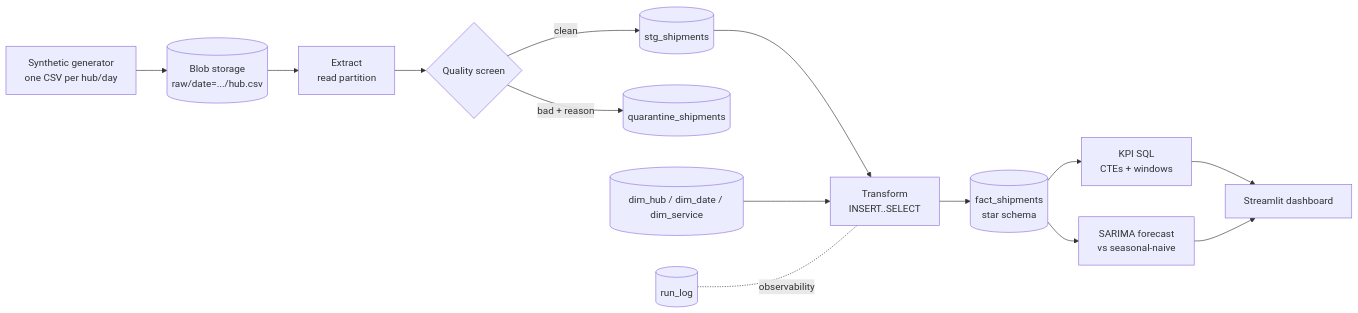
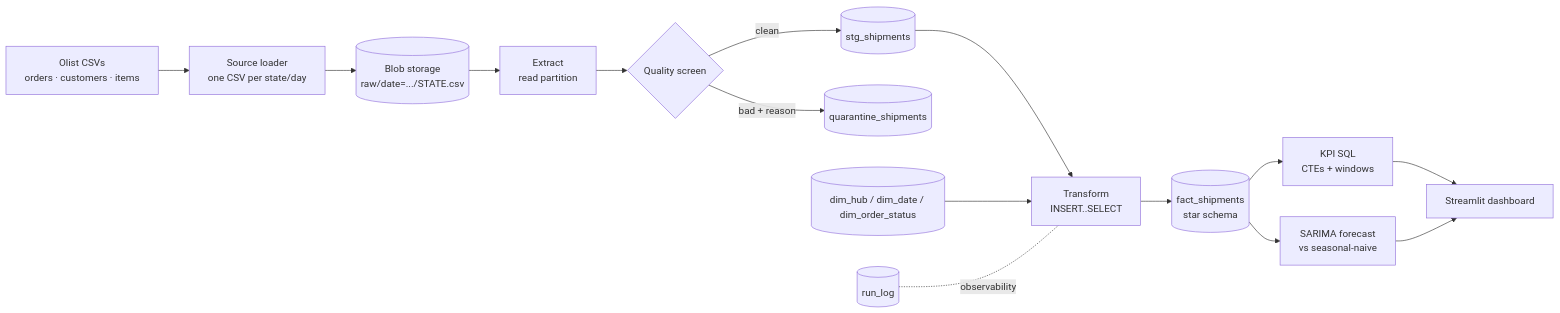
Before and after one commit to immortalxmachine/parcelflow: the diagram in docs/architecture.md, drawn with Mermaid. The commit also changed other lines of this file and 36 other files, not shown here.

Commit message:
Rebuild ELT + SARIMA forecasting on real Olist order data

````diff
--- a/docs/architecture.md
+++ b/docs/architecture.md
@@ -11,16 +15,17 @@
 ```mermaid
 flowchart LR
-    GEN[Synthetic generator<br/>one CSV per hub/day] --> RAW[(Blob storage<br/>raw/date=.../hub.csv)]
+    SRC[Olist CSVs<br/>orders · customers · items] --> EXT0[Source loader<br/>one CSV per state/day]
+    EXT0 --> RAW[(Blob storage<br/>raw/date=.../STATE.csv)]
     RAW --> EXT[Extract<br/>read partition]
     EXT --> DQ{Quality screen}
     DQ -->|clean| STG[(stg_shipments)]
     DQ -->|bad + reason| QUAR[(quarantine_shipments)]
     STG --> TR[Transform<br/>INSERT..SELECT]
     TR --> FACT[(fact_shipments<br/>star schema)]
-    DIMS[(dim_hub / dim_date / dim_service)] --> TR
+    DIMS[(dim_hub / dim_date / dim_order_status)] --> TR
     FACT --> KPI[KPI SQL<br/>CTEs + windows]
     FACT --> FC[SARIMA forecast<br/>vs seasonal-naive]
     KPI --> DASH[Streamlit dashboard]
     FC --> DASH
     RUN[(run_log)] -.observability.- TR
 ```
````
